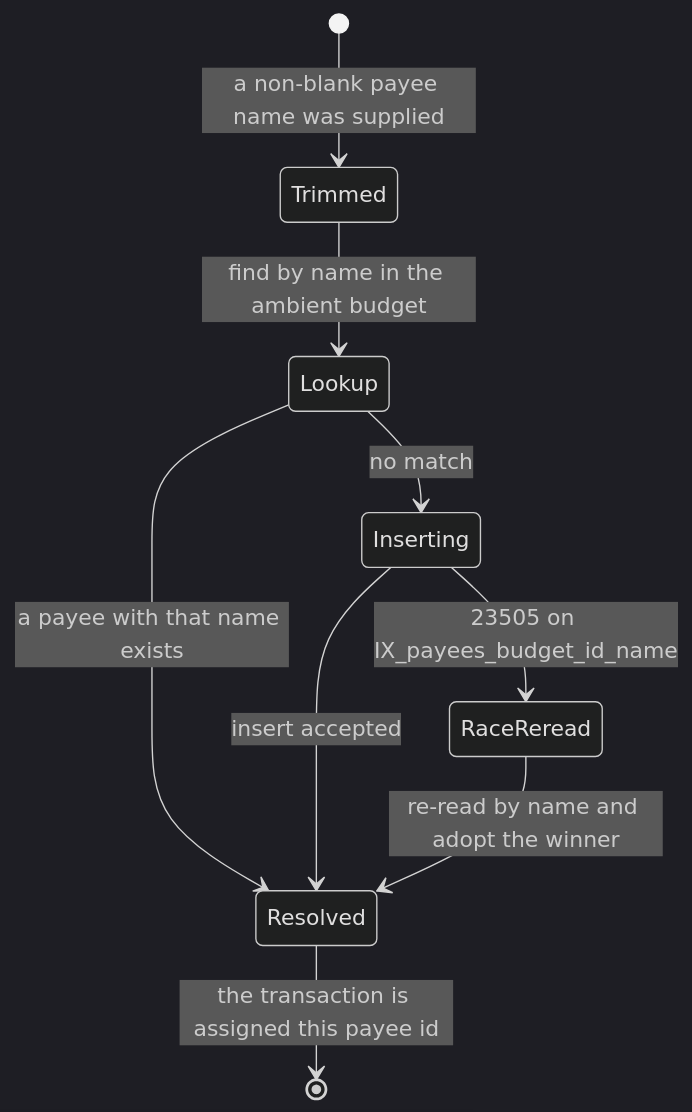
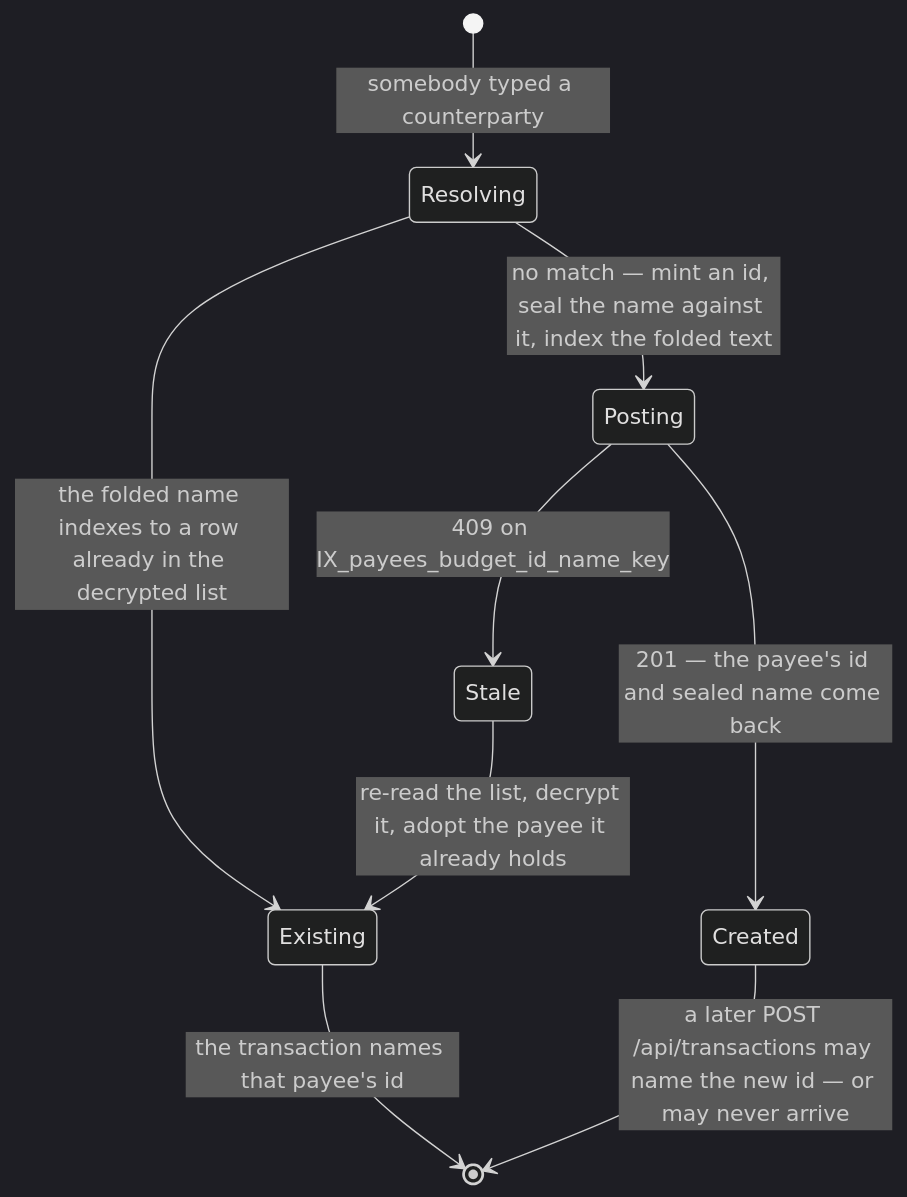
The second of 2 diagrams in docs/business-logic/payees.md (anton-kochev/budgetoid), drawn with Mermaid (dark theme) before and after one commit. The commit also changed other lines of this file and 69 other files, not shown here.

````diff
--- a/docs/business-logic/payees.md
+++ b/docs/business-logic/payees.md
@@ -324,11 +490,11 @@
 ```mermaid
 stateDiagram-v2
-    [*] --> Trimmed : a non-blank payee name was supplied
-    Trimmed --> Lookup : find by name in the ambient budget
-    Lookup --> Resolved : a payee with that name exists
-    Lookup --> Inserting : no match
-    Inserting --> Resolved : insert accepted
-    Inserting --> RaceReread : 23505 on IX_payees_budget_id_name
-    RaceReread --> Resolved : re-read by name and adopt the winner
-    Resolved --> [*] : the transaction is assigned this payee id
+    [*] --> Resolving : somebody typed a counterparty
+    Resolving --> Existing : the folded name indexes to a row already in the decrypted list
+    Existing --> [*] : the transaction names that payee's id
+    Resolving --> Posting : no match — mint an id, seal the name against it, index the folded text
+    Posting --> Created : 201 — the payee's id and sealed name come back
+    Posting --> Stale : 409 on IX_payees_budget_id_name_key
+    Stale --> Existing : re-read the list, decrypt it, adopt the payee it already holds
+    Created --> [*] : a later POST /api/transactions may name the new id — or may never arrive
 ```
````
